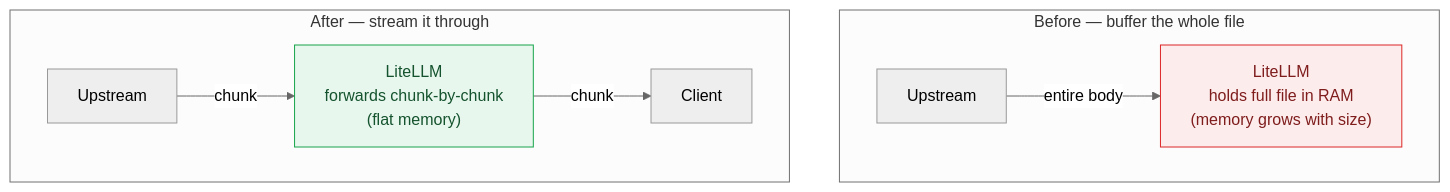
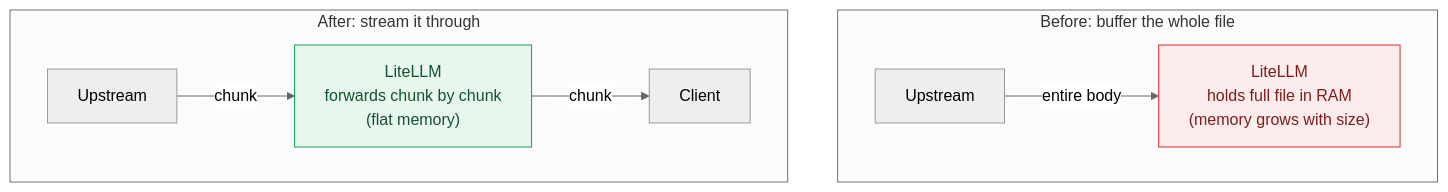
Before and after one commit to doggy8088/litellm-docs: the third of 3 diagrams in blog/two_week_stability_update/index.md, drawn with Mermaid (neutral theme). The commit also changed other lines of this file, not shown here.

````diff
--- a/blog/two_week_stability_update/index.md
+++ b/blog/two_week_stability_update/index.md
@@ -85,15 +84,15 @@
 ```mermaid
 flowchart TB
-  subgraph B["Before — buffer the whole file"]
+  subgraph B["Before: buffer the whole file"]
     direction LR
     U1[Upstream] -->|entire body| L1["LiteLLM<br/>holds full file in RAM<br/>(memory grows with size)"]
   end
-  subgraph A["After — stream it through"]
+  subgraph A["After: stream it through"]
     direction LR
-    U2[Upstream] -->|chunk| L2["LiteLLM<br/>forwards chunk-by-chunk<br/>(flat memory)"] -->|chunk| C2[Client]
+    U2[Upstream] -->|chunk| L2["LiteLLM<br/>forwards chunk by chunk<br/>(flat memory)"] -->|chunk| C2[Client]
   end
   classDef bad fill:#fdecec,stroke:#dc2626,color:#7f1d1d;
   classDef good fill:#e8f7ee,stroke:#16a34a,color:#14532d;
   class L1 bad;
   class L2 good;
 ```
````
